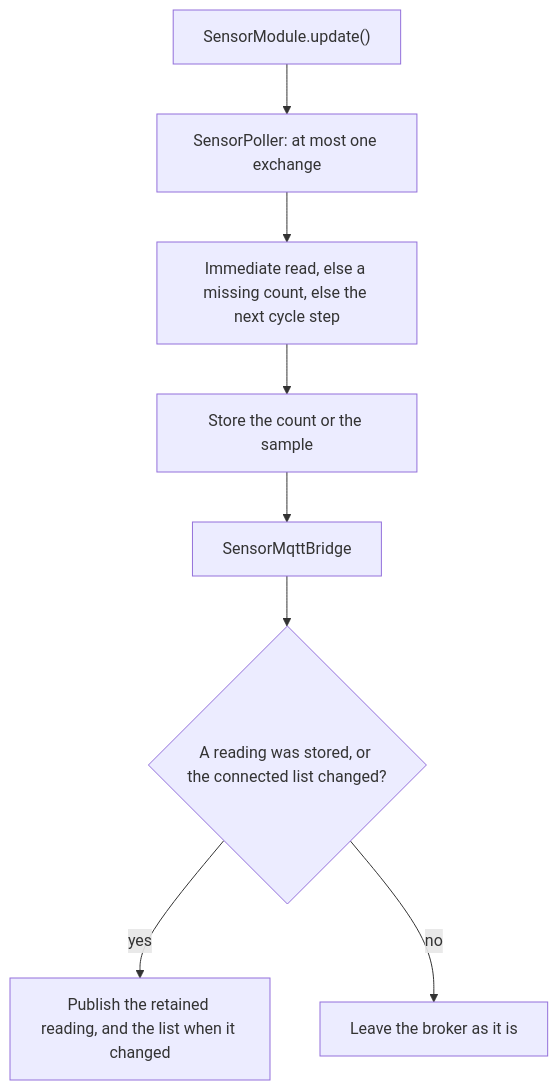
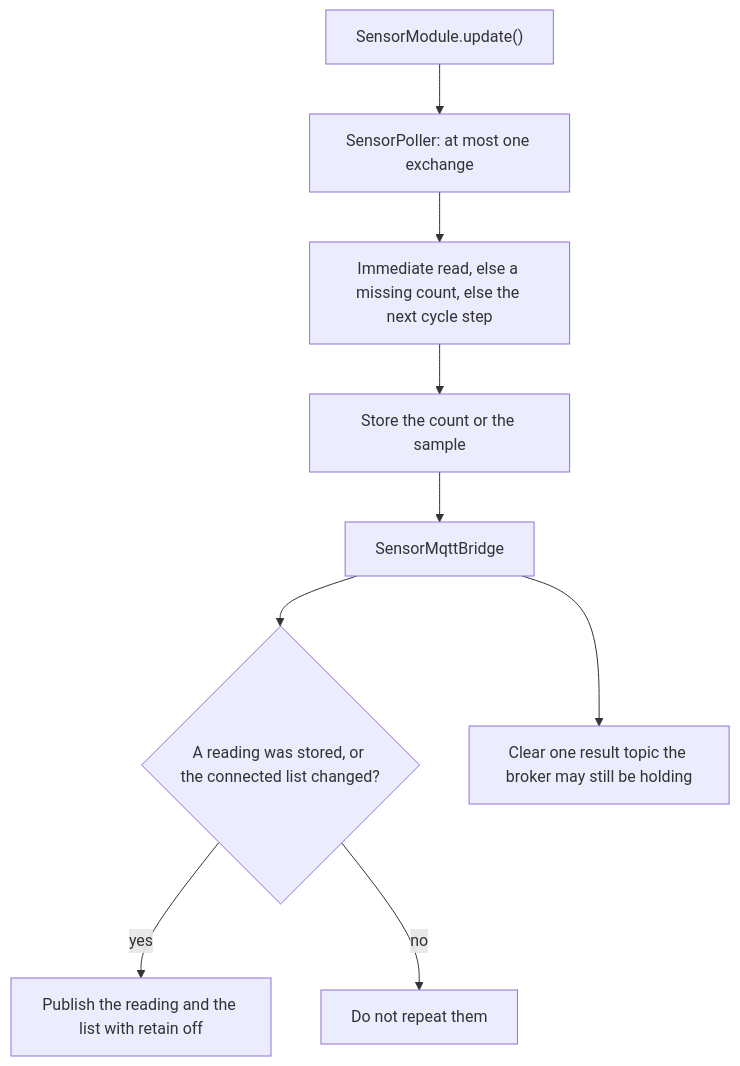
Before and after one commit to WiddleWabbit/MQTT-ModularControllerBoard: the diagram in Firmware/docs/sensor-module.md, drawn with Mermaid. The commit also changed other lines of this file and 22 other files, not shown here.

Commit message:
Disabled retain on MQTT messages besides the slot status messages

````diff
--- a/Firmware/docs/sensor-module.md
+++ b/Firmware/docs/sensor-module.md
@@ -28,10 +28,11 @@
 ```mermaid
 flowchart TD
   upd["SensorModule.update()"] --> poll["SensorPoller: at most one exchange"]
   poll --> order["Immediate read, else a missing count, else the next cycle step"]
   order --> mem["Store the count or the sample"]
   mem --> bridge["SensorMqttBridge"]
   bridge --> pub{"A reading was stored, or the connected list changed?"}
-  pub -->|yes| mqtt["Publish the retained reading, and the list when it changed"]
-  pub -->|no| quiet["Leave the broker as it is"]
+  pub -->|yes| mqtt["Publish the reading and the list with retain off"]
+  pub -->|no| quiet["Do not repeat them"]
+  bridge --> clear["Clear one result topic the broker may still be holding"]
 ```
````
